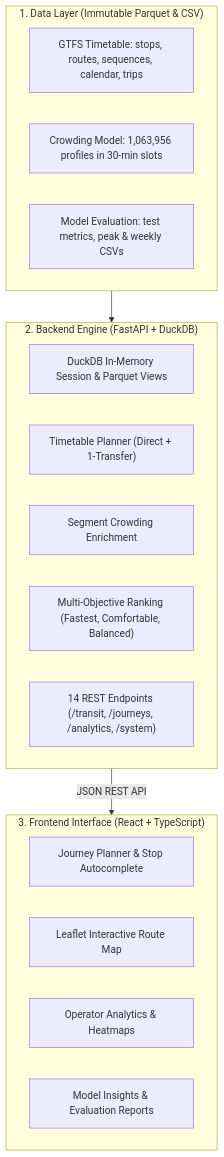
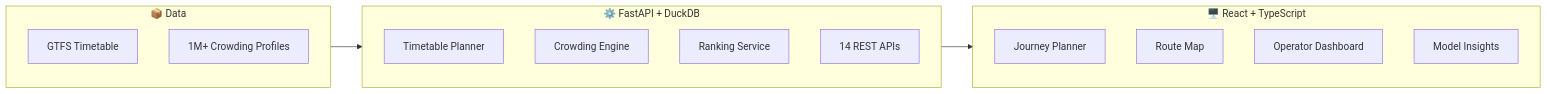
The diagram in README.md (devansh-g10/CrowdSense), drawn with Mermaid before and after one commit. The commit also changed other lines of this file, not shown here.

````diff
--- a/README.md
+++ b/README.md
@@ -35,26 +54,23 @@
 ```mermaid
-flowchart TD
-    subgraph Data["1. Data Layer (Immutable Parquet & CSV)"]
-        GTFS["GTFS Timetable: stops, routes, sequences, calendar, trips"]
-        Model["Crowding Model: 1,063,956 profiles in 30-min slots"]
-        Eval["Model Evaluation: test metrics, peak & weekly CSVs"]
+flowchart LR
+    subgraph Data["📦 Data"]
+        D1["GTFS Timetable"]
+        D2["1M+ Crowding Profiles"]
     end
 
-    subgraph Backend["2. Backend Engine (FastAPI + DuckDB)"]
-        DB["DuckDB In-Memory Session & Parquet Views"]
-        Planner["Timetable Planner (Direct + 1-Transfer)"]
-        Crowding["Segment Crowding Enrichment"]
-        Ranking["Multi-Objective Ranking (Fastest, Comfortable, Balanced)"]
-        API["14 REST Endpoints (/transit, /journeys, /analytics, /system)"]
+    subgraph Backend["⚙️ FastAPI + DuckDB"]
+        B1["Timetable Planner"]
+        B2["Crowding Engine"]
+        B3["Ranking Service"]
+        B4["14 REST APIs"]
     end
 
-    subgraph Frontend["3. Frontend Interface (React + TypeScript)"]
-        UI_Planner["Journey Planner & Stop Autocomplete"]
-        UI_Map["Leaflet Interactive Route Map"]
-        UI_Operator["Operator Analytics & Heatmaps"]
-        UI_Insights["Model Insights & Evaluation Reports"]
+    subgraph Frontend["🖥️ React + TypeScript"]
+        F1["Journey Planner"]
+        F2["Route Map"]
+        F3["Operator Dashboard"]
+        F4["Model Insights"]
     end
 
-    Data --> Backend
-    Backend -->|JSON REST API| Frontend
+    Data --> Backend --> Frontend
 ```
````
